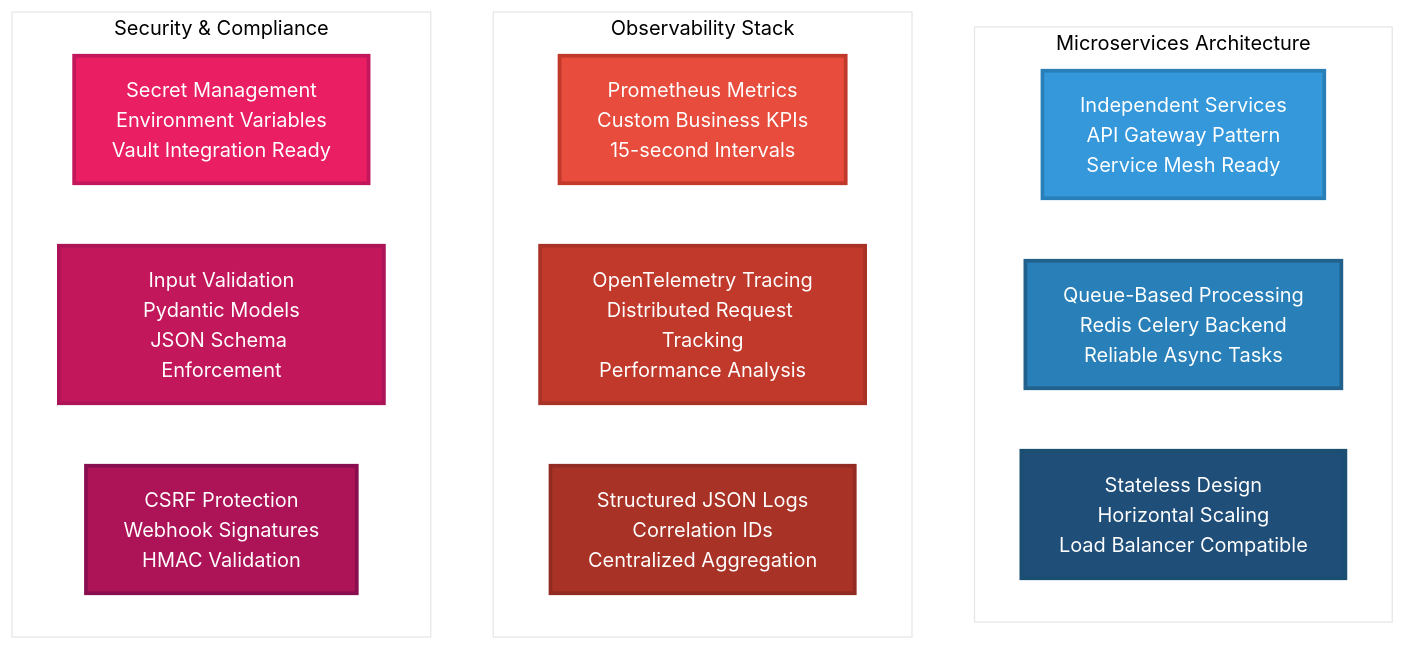
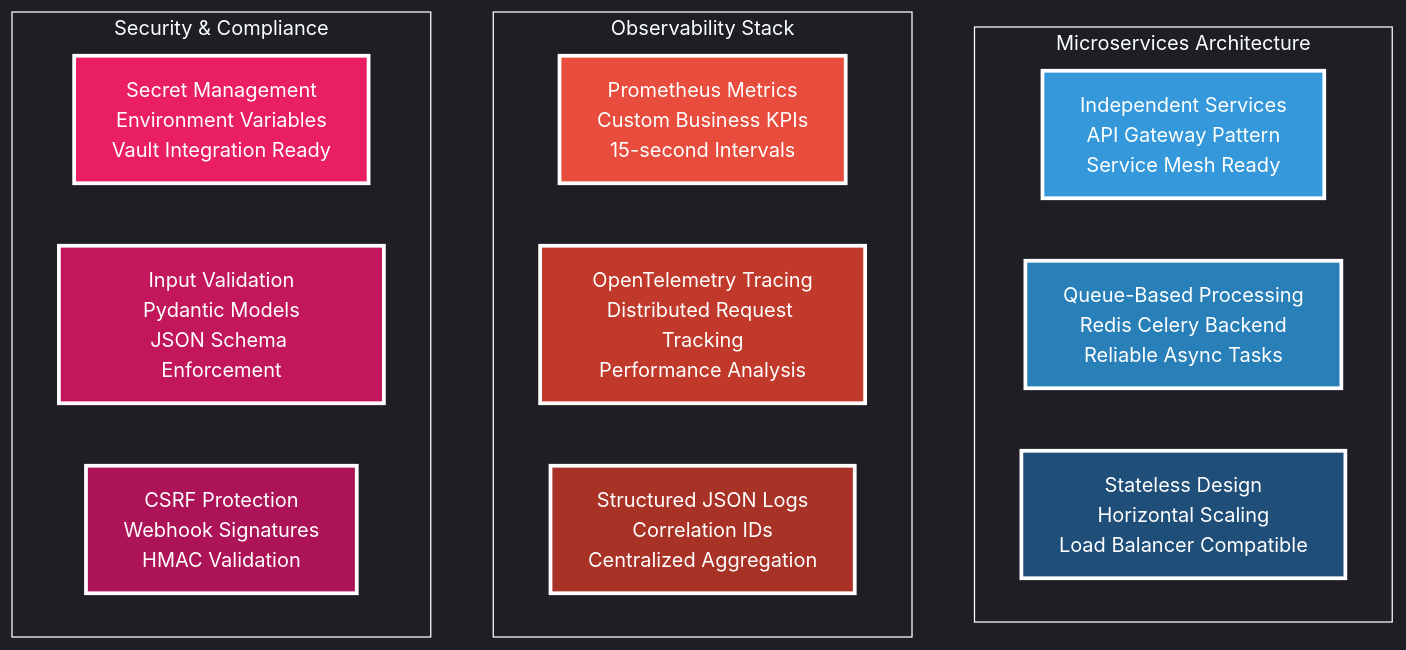
The ninth of 20 diagrams in README.md (PriscillaOng12/AI-Code-Review-Squad), drawn with Mermaid before and after one commit. The commit also changed other lines of this file, not shown here.

````diff
--- a/README.md
+++ b/README.md
@@ -292,33 +292,33 @@
 ```mermaid
-%%{init: {'theme': 'base', 'themeVariables': {'primaryColor': '#ffffff', 'primaryTextColor': '#2c3e50', 'primaryBorderColor': '#2c3e50', 'lineColor': '#34495e', 'secondaryColor': '#ffffff', 'tertiaryColor': '#ffffff', 'background': '#ffffff', 'mainBkg': '#ffffff', 'secondBkg': '#ffffff', 'tertiaryBkg': '#ffffff'}}}%%
+%%{init: {'theme': 'dark', 'themeVariables': {'primaryColor': 'transparent', 'primaryTextColor': '#ffffff', 'primaryBorderColor': '#ffffff', 'lineColor': '#ffffff', 'secondaryColor': 'transparent', 'tertiaryColor': 'transparent', 'background': 'transparent', 'mainBkg': 'transparent', 'secondBkg': 'transparent', 'tertiaryBkg': 'transparent', 'clusterBkg': 'transparent', 'clusterBorder': '#ffffff', 'edgeLabelBackground': 'transparent'}}}%%
 graph TB
     subgraph "Microservices Architecture"
         MS[Independent Services<br/>API Gateway Pattern<br/>Service Mesh Ready]
         QUEUE[Queue-Based Processing<br/>Redis Celery Backend<br/>Reliable Async Tasks]
         STATELESS[Stateless Design<br/>Horizontal Scaling<br/>Load Balancer Compatible]
     end
     
     subgraph "Observability Stack"  
         METRICS[Prometheus Metrics<br/>Custom Business KPIs<br/>15-second Intervals]
         TRACING[OpenTelemetry Tracing<br/>Distributed Request Tracking<br/>Performance Analysis]
         LOGGING[Structured JSON Logs<br/>Correlation IDs<br/>Centralized Aggregation]
     end
     
     subgraph "Security & Compliance"
         SECRET[Secret Management<br/>Environment Variables<br/>Vault Integration Ready]
         VALIDATE[Input Validation<br/>Pydantic Models<br/>JSON Schema Enforcement]
         CSRF[CSRF Protection<br/>Webhook Signatures<br/>HMAC Validation]
     end
     
-    style MS fill:#3498db,stroke:#2980b9,stroke-width:3px,color:#ffffff
-    style QUEUE fill:#2980b9,stroke:#21618c,stroke-width:3px,color:#ffffff
-    style STATELESS fill:#1f4e79,stroke:#1b4f72,stroke-width:3px,color:#ffffff
+    style MS fill:#3498db,stroke:#ffffff,stroke-width:3px,color:#ffffff
+    style QUEUE fill:#2980b9,stroke:#ffffff,stroke-width:3px,color:#ffffff
+    style STATELESS fill:#1f4e79,stroke:#ffffff,stroke-width:3px,color:#ffffff
     
-    style METRICS fill:#e74c3c,stroke:#c0392b,stroke-width:3px,color:#ffffff
-    style TRACING fill:#c0392b,stroke:#a93226,stroke-width:3px,color:#ffffff
-    style LOGGING fill:#a93226,stroke:#922b21,stroke-width:3px,color:#ffffff
+    style METRICS fill:#e74c3c,stroke:#ffffff,stroke-width:3px,color:#ffffff
+    style TRACING fill:#c0392b,stroke:#ffffff,stroke-width:3px,color:#ffffff
+    style LOGGING fill:#a93226,stroke:#ffffff,stroke-width:3px,color:#ffffff
     
-    style SECRET fill:#e91e63,stroke:#c2185b,stroke-width:3px,color:#ffffff
-    style VALIDATE fill:#c2185b,stroke:#ad1457,stroke-width:3px,color:#ffffff
-    style CSRF fill:#ad1457,stroke:#880e4f,stroke-width:3px,color:#ffffff
+    style SECRET fill:#e91e63,stroke:#ffffff,stroke-width:3px,color:#ffffff
+    style VALIDATE fill:#c2185b,stroke:#ffffff,stroke-width:3px,color:#ffffff
+    style CSRF fill:#ad1457,stroke:#ffffff,stroke-width:3px,color:#ffffff
 ```
````
